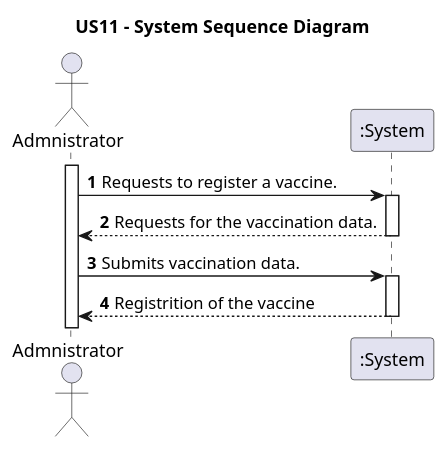
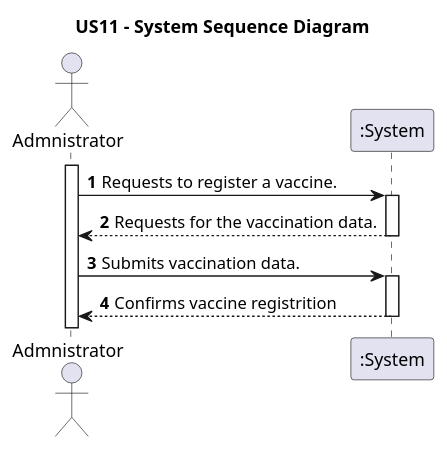
Before and after one commit to pedroguilherme-web/leti-esoft-25-26-A1: the diagram in docs/system-documentation/US11/puml/US11-SSD.puml, drawn with PlantUML. The commit also changed 1 other file, not shown here.

```diff
--- a/docs/system-documentation/US11/puml/US11-SSD.puml
+++ b/docs/system-documentation/US11/puml/US11-SSD.puml
@@ -1,20 +1,19 @@
 @startuml
 'https://plantuml.com/sequence-diagram
 
 title   US11 - System Sequence Diagram
 
 autoactivate on
 autonumber
 
 actor "Admnistrator" as Admin
 participant ":System" as System
 
 activate Admin
 
 Admin -> System: Requests to register a vaccine.
 System --> Admin: Requests for the vaccination data.
 
 Admin -> System: Submits vaccination data.
-Admin <-- System: Registrition of the vaccine
-
+Admin <-- System: Confirms vaccine registrition
 @enduml
```
